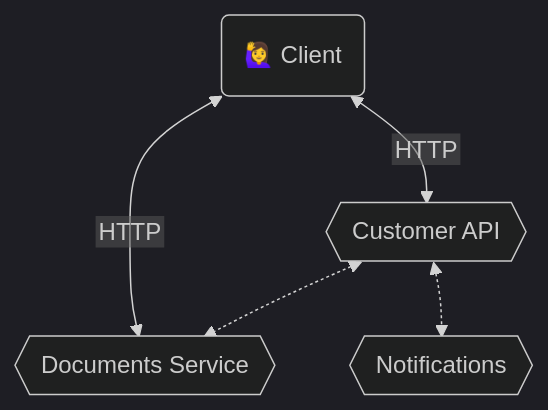
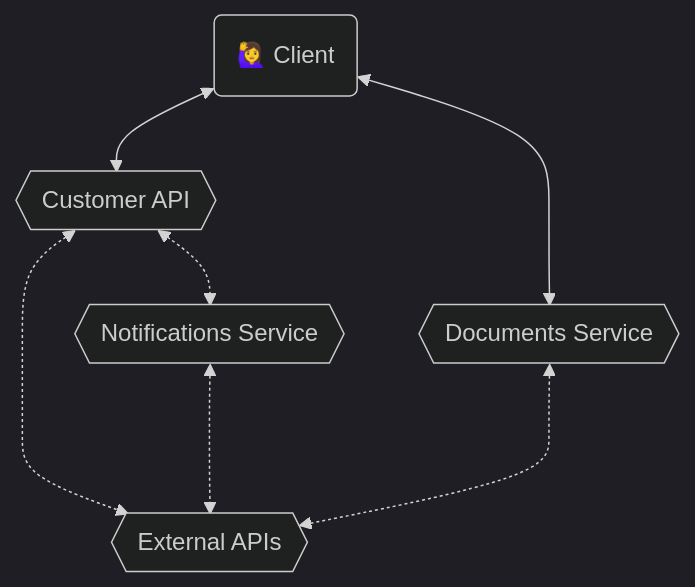
Before and after one commit to volkmann-design-code/IU-DSPWA1022-Programmierung-von-Web-Anwendungen: the diagram in packages/slides/slides/01060-web-apps-architectures-microservices.md, drawn with Mermaid (dark theme). The commit also changed other lines of this file and 8 other files, not shown here.

Commit message:
add architectures

````diff
--- a/packages/slides/slides/01060-web-apps-architectures-microservices.md
+++ b/packages/slides/slides/01060-web-apps-architectures-microservices.md
@@ -35,13 +27,16 @@
 ```mermaid
 %%{init: {"flowchart": {"htmlLabels": false}} }%%
 flowchart TD
     c(🙋‍♀️ Client)
     capi{{Customer API}}
     docs{{Documents Service}}
-    notifications{{Notifications}}
+    notifications{{Notifications Service}}
+    api{{External APIs}}
 
-    c <-->|HTTP| capi
-    c <-->|HTTP| docs
-    capi <-.-> docs
+    c <--> capi
+    c <--> docs
     capi <-.-> notifications
+    capi <-..-> api
+    notifications <-..-> api
+    docs <-..-> api
 ```
````
